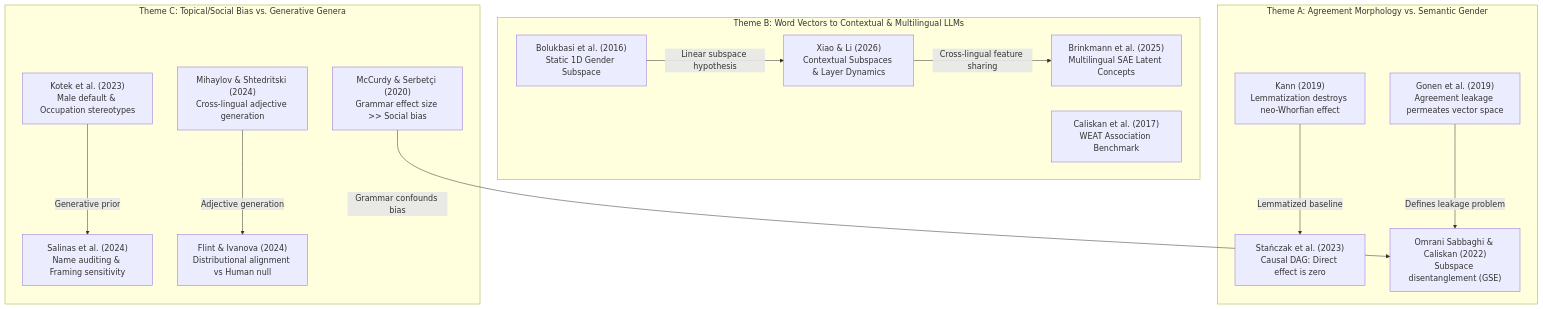
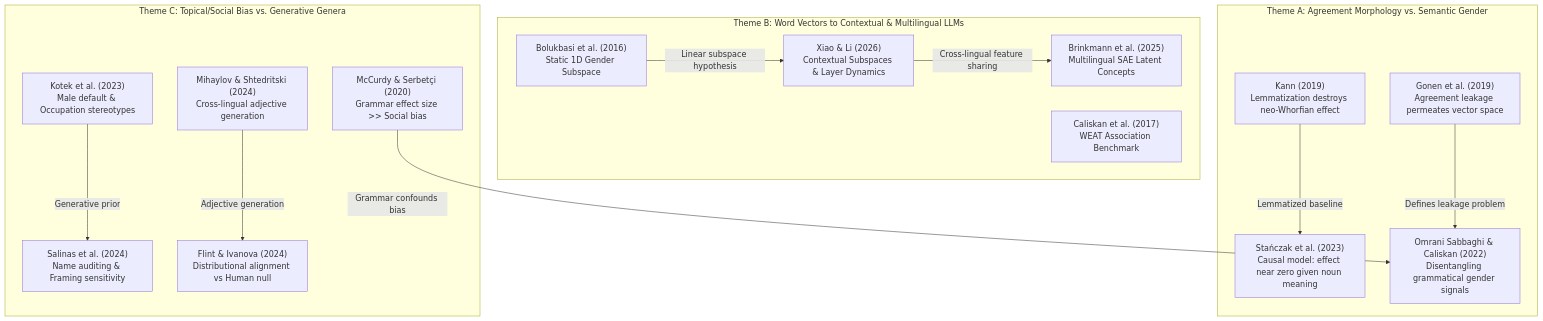
One commit to cyrusae/gender changed the diagram in sources/02_Gender_in_Embeddings_and_LLMs/README.md. Above: the diagram before and after it, drawn with Mermaid. The commit also changed other lines of this file and 5 other files, not shown here.

````diff
--- a/sources/02_Gender_in_Embeddings_and_LLMs/README.md
+++ b/sources/02_Gender_in_Embeddings_and_LLMs/README.md
@@ -89,32 +89,32 @@
 ```mermaid
 flowchart TD
     subgraph SyntacticVsSemantic["Theme A: Agreement Morphology vs. Semantic Gender"]
         Gonen["Gonen et al. (2019)<br/>Agreement leakage permeates vector space"]
         Kann["Kann (2019)<br/>Lemmatization destroys neo-Whorfian effect"]
-        Stanczak["Stańczak et al. (2023)<br/>Causal DAG: Direct effect is zero"]
-        Omrani["Omrani Sabbaghi & Caliskan (2022)<br/>Subspace disentanglement (GSE)"]
+        Stanczak["Stańczak et al. (2023)<br/>Causal model: effect near zero given noun meaning"]
+        Omrani["Omrani Sabbaghi & Caliskan (2022)<br/>Disentangling grammatical gender signals"]
     end
 
     subgraph GeometryEvolution["Theme B: Word Vectors to Contextual & Multilingual LLMs"]
         Bolukbasi["Bolukbasi et al. (2016)<br/>Static 1D Gender Subspace"]
         Caliskan["Caliskan et al. (2017)<br/>WEAT Association Benchmark"]
         Xiao["Xiao & Li (2026)<br/>Contextual Subspaces & Layer Dynamics"]
         Brinkmann["Brinkmann et al. (2025)<br/>Multilingual SAE Latent Concepts"]
     end
 
     subgraph BehavioralLLMs["Theme C: Topical/Social Bias vs. Generative Genera"]
         McCurdy["McCurdy & Serbetçi (2020)<br/>Grammar effect size >> Social bias"]
         Kotek["Kotek et al. (2023)<br/>Male default & Occupation stereotypes"]
         Salinas["Salinas et al. (2024)<br/>Name auditing & Framing sensitivity"]
         Mihaylov["Mihaylov & Shtedritski (2024)<br/>Cross-lingual adjective generation"]
         Flint["Flint & Ivanova (2024)<br/>Distributional alignment vs Human null"]
     end
 
     Gonen -->|Defines leakage problem| Omrani
     Kann -->|Lemmatized baseline| Stanczak
     Bolukbasi -->|Linear subspace hypothesis| Xiao
     Xiao -->|Cross-lingual feature sharing| Brinkmann
     McCurdy -->|Grammar confounds bias| Omrani
     Kotek -->|Generative prior| Salinas
     Mihaylov -->|Adjective generation| Flint
 ```
````
